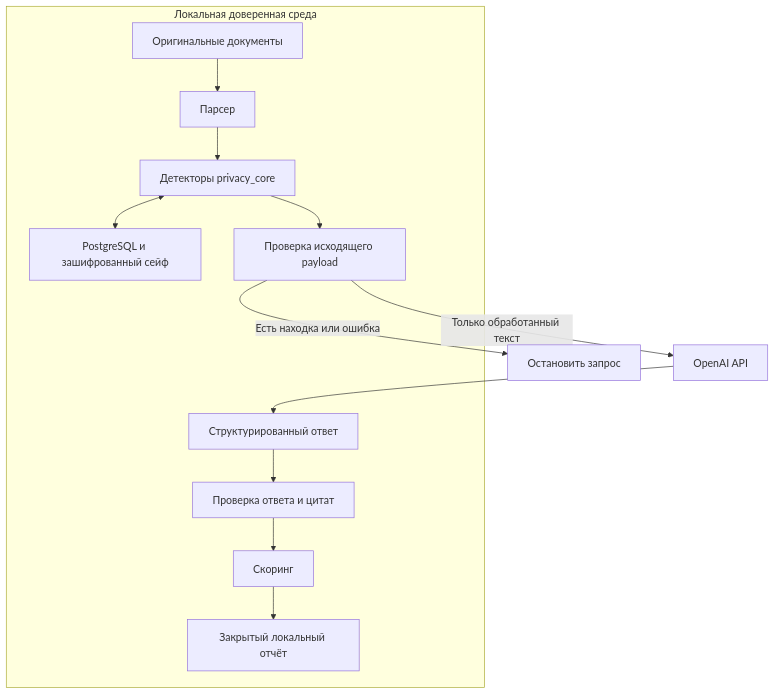
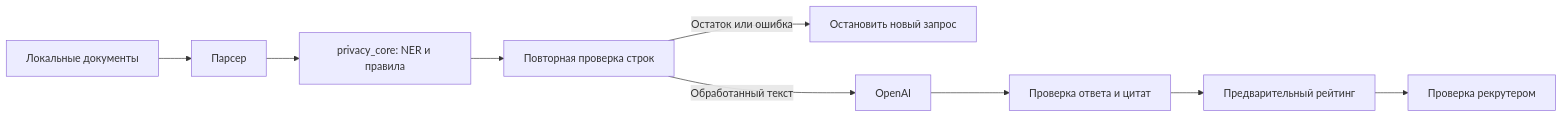
Before and after one commit to GrigoryPislegin/phystech-novatoria: the second of 2 diagrams in docs/15-architecture.md, drawn with Mermaid. The commit also changed other lines of this file and 48 other files, not shown here.

Commit message:
Integrate evidence checks and independent local privacy runtime

````diff
--- a/docs/15-architecture.md
+++ b/docs/15-architecture.md
@@ -63,15 +65,11 @@
 ```mermaid
-flowchart TB
- subgraph Local[Локальная доверенная среда]
-  Files[Оригинальные документы] --> Parser[Парсер]
-  Parser --> Redact[Детекторы privacy_core]
-  Redact <--> Vault[PostgreSQL и зашифрованный сейф]
-  Redact --> Check[Проверка исходящего payload]
-  Answer[Структурированный ответ] --> Guard[Проверка ответа и цитат]
-  Guard --> Score[Скоринг]
-  Score --> Report[Закрытый локальный отчёт]
- end
- Check -->|Только обработанный текст| API[OpenAI API]
- API --> Answer
- Check -->|Есть находка или ошибка| Stop[Остановить запрос]
+flowchart LR
+  Files[Локальные документы] --> Parse[Парсер]
+  Parse --> Mask[privacy_core: NER и правила]
+  Mask --> Check[Повторная проверка строк]
+  Check -->|Остаток или ошибка| Stop[Остановить новый запрос]
+  Check -->|Обработанный текст| API[OpenAI]
+  API --> Guard[Проверка ответа и цитат]
+  Guard --> Rank[Предварительный рейтинг]
+  Rank --> HR[Проверка рекрутером]
 ```
````
